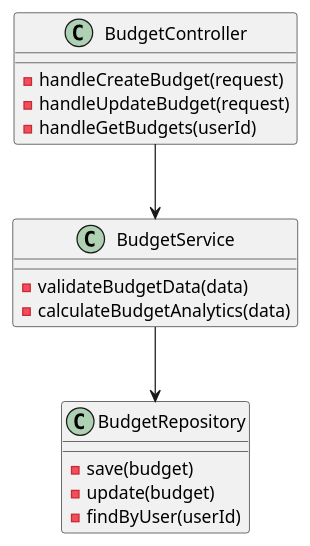
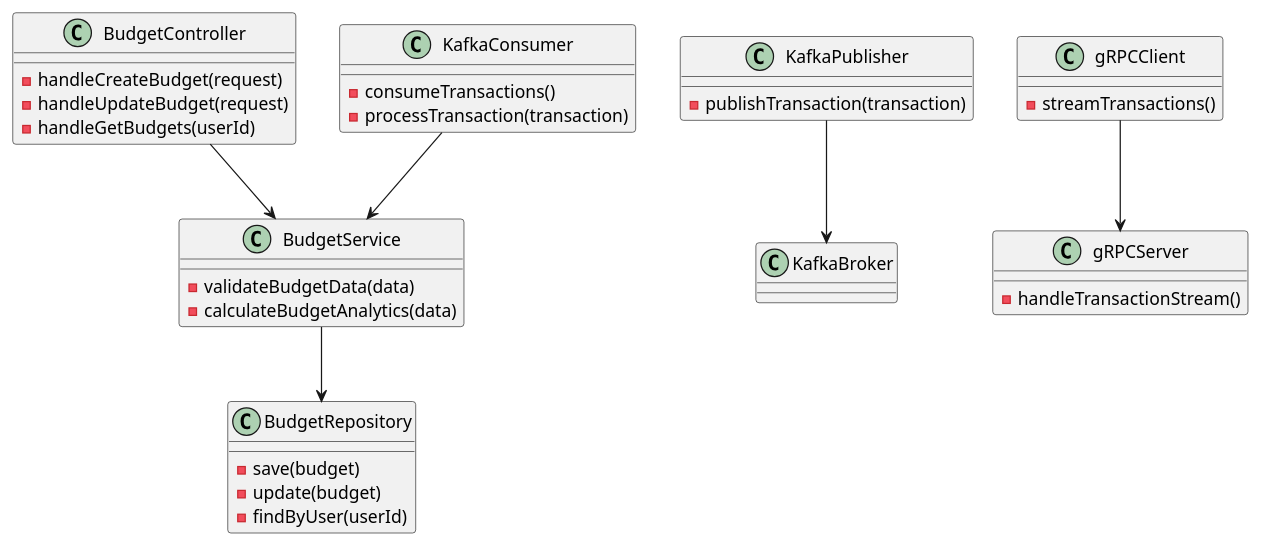
One commit to Embim/Mobilefinass changed the fourth of 4 diagrams in my-website/docs/Architecture/architec.md. Above: the diagram before and after it, drawn with PlantUML. The commit also changed other lines of this file and 8 other files, not shown here.

````diff
--- a/my-website/docs/Architecture/architec.md
+++ b/my-website/docs/Architecture/architec.md
@@ -66,20 +85,43 @@
 ```plantuml
 @startuml
 class BudgetController {
   - handleCreateBudget(request)
   - handleUpdateBudget(request)
   - handleGetBudgets(userId)
 }
+
 class BudgetService {
   - validateBudgetData(data)
   - calculateBudgetAnalytics(data)
 }
+
 class BudgetRepository {
   - save(budget)
   - update(budget)
   - findByUser(userId)
 }
+
+class KafkaPublisher {
+  - publishTransaction(transaction)
+}
+
+class KafkaConsumer {
+  - consumeTransactions()
+  - processTransaction(transaction)
+}
+
+class gRPCClient {
+  - streamTransactions()
+}
+
+class gRPCServer {
+  - handleTransactionStream()
+}
+
 BudgetController --> BudgetService
 BudgetService --> BudgetRepository
+KafkaPublisher --> KafkaBroker
+KafkaConsumer --> BudgetService
+gRPCClient --> gRPCServer
 @enduml
 ```
````
